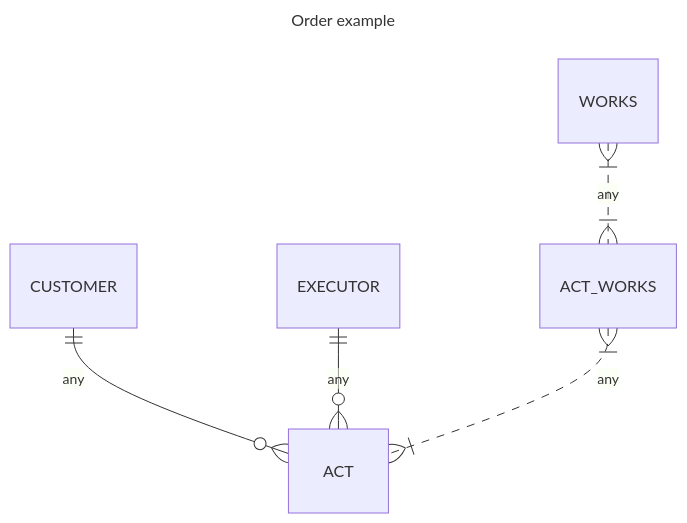
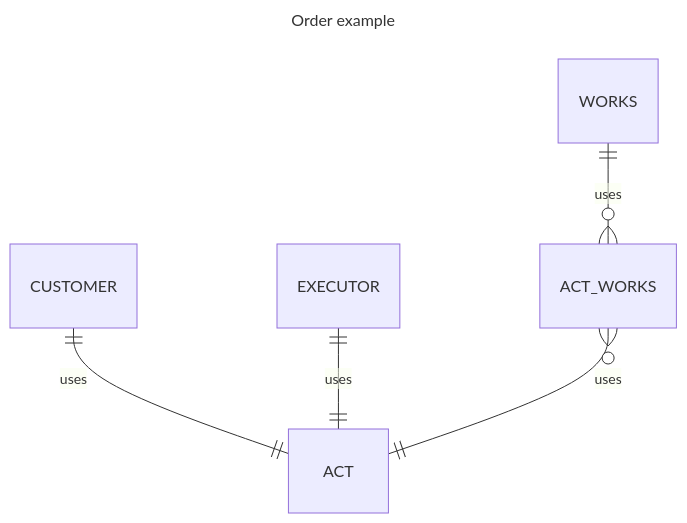
Before and after one commit to CasCadeVR/Works: the diagram in README.md, drawn with Mermaid. The commit also changed other lines of this file, not shown here.

````diff
--- a/README.md
+++ b/README.md
@@ -6,10 +6,10 @@
 ```mermaid
 ---
 title: Order example
 ---
 erDiagram
-    CUSTOMER ||--o{ ACT: any
-    EXECUTOR ||--o{ ACT: any
-    WORKS }|..|{ ACT_WORKS: any
-    ACT_WORKS }|..|{ ACT: any
+    CUSTOMER ||--|| ACT: uses
+    EXECUTOR ||--|| ACT: uses
+    WORKS ||--o{ ACT_WORKS: uses
+    ACT_WORKS }o--|| ACT: uses
 ```
````
